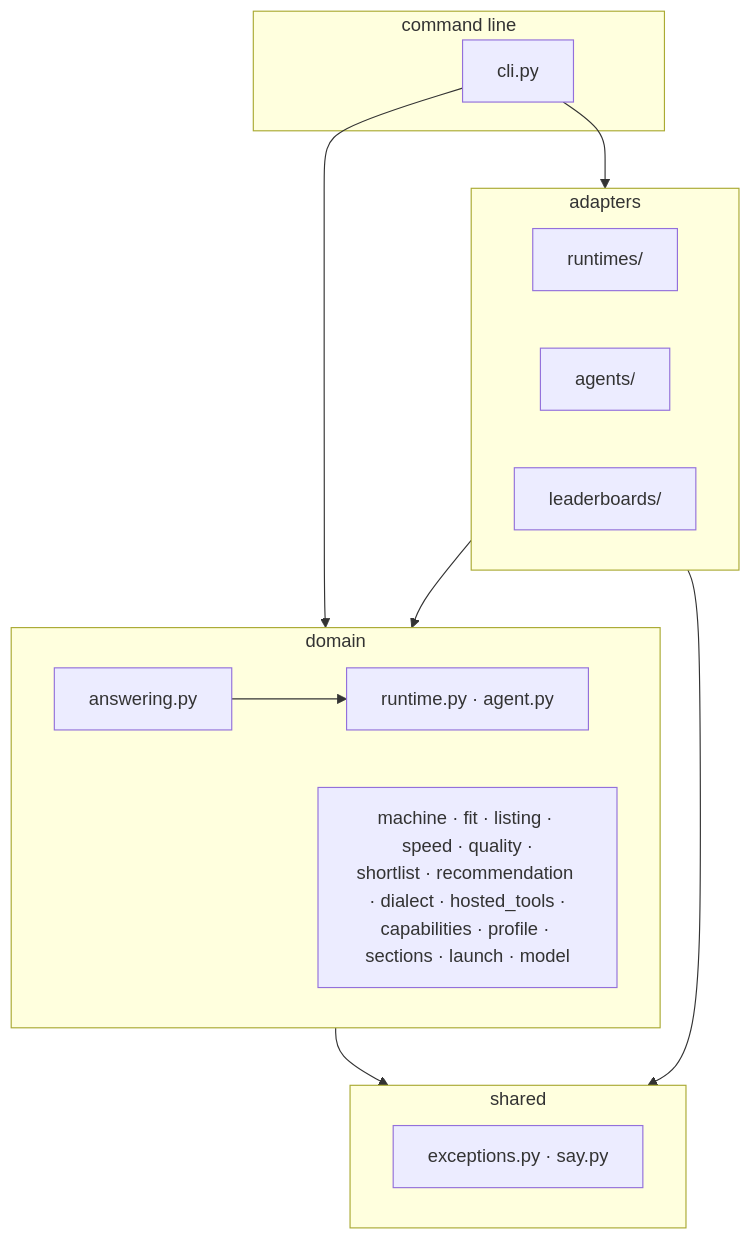
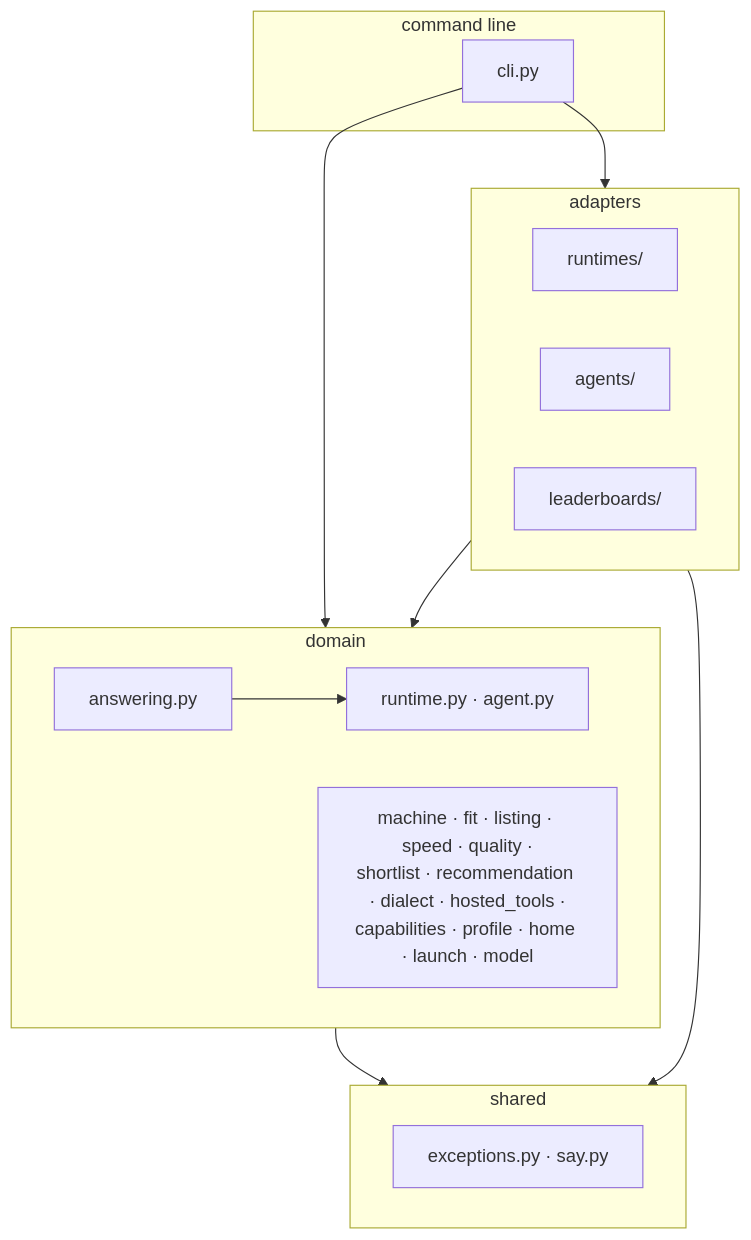
One commit to pvardanis/offgrid changed the first of 3 diagrams in docs/architecture.md. Above: the diagram before and after it, drawn with Mermaid. The commit also changed other lines of this file and 22 other files, not shown here.

````diff
--- a/docs/architecture.md
+++ b/docs/architecture.md
@@ -13,26 +13,26 @@
 ```mermaid
 flowchart TD
     subgraph cmd [command line]
         cli[cli.py]
     end
     subgraph adapters [adapters]
         rt["runtimes/"]
         ag["agents/"]
         lb["leaderboards/"]
     end
     subgraph domain [domain]
         answering[answering.py]
         ports["runtime.py · agent.py"]
-        rest["machine · fit · listing · speed · quality ·<br/>shortlist · recommendation · dialect · hosted_tools ·<br/>capabilities · profile · sections · launch · model"]
+        rest["machine · fit · listing · speed · quality ·<br/>shortlist · recommendation · dialect · hosted_tools ·<br/>capabilities · profile · home · launch · model"]
     end
     subgraph shared [shared]
         sh["exceptions.py · say.py"]
     end
 
     cli --> adapters
     cli --> domain
     adapters --> domain
     domain --> shared
     adapters --> shared
     answering --> ports
 ```
````
